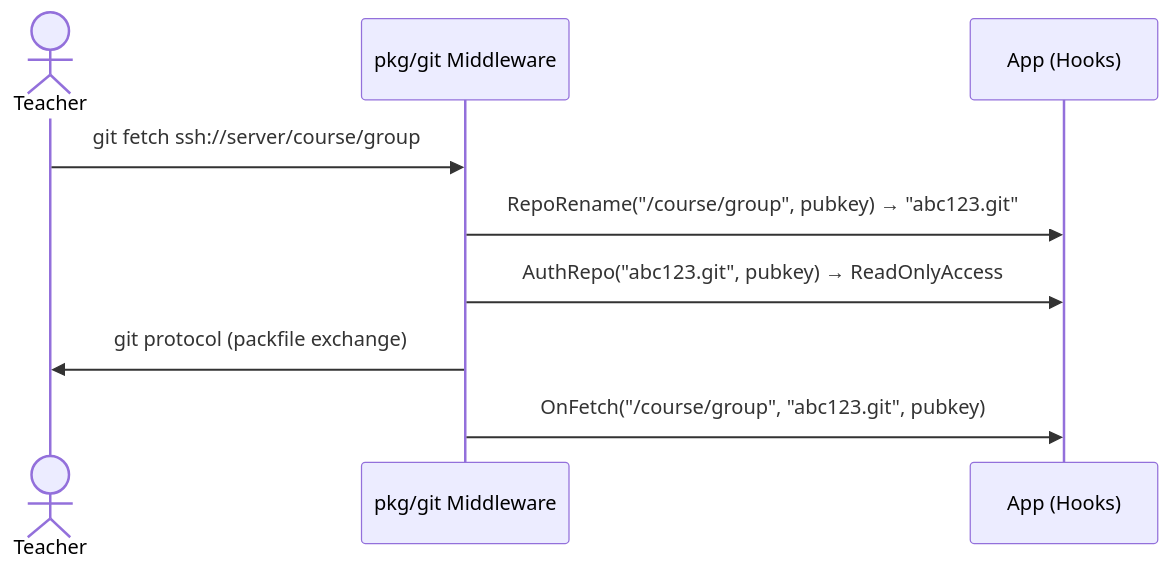
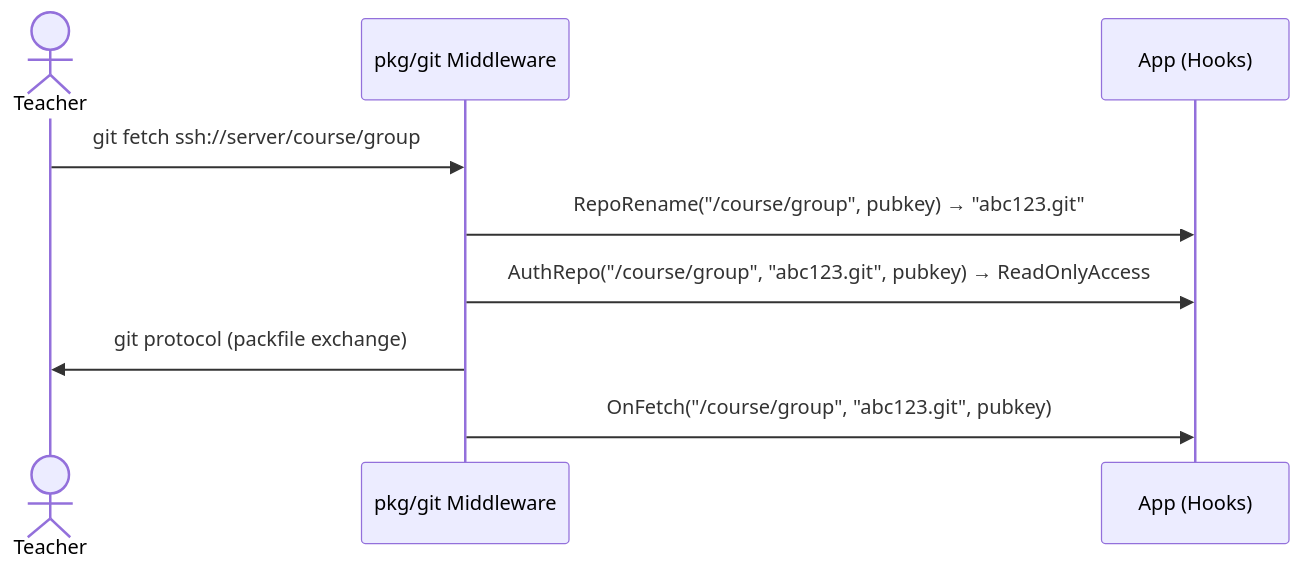
The second of 2 diagrams in pkg/git/README.md (dsc-sgu/mm-backend), drawn with Mermaid before and after one commit. The commit also changed other lines of this file and 6 other files, not shown here.

Commit message:
fix: auth repo

````diff
--- a/pkg/git/README.md
+++ b/pkg/git/README.md
@@ -32,12 +32,12 @@
 ```mermaid
 sequenceDiagram
     actor Teacher
     participant Middleware as pkg/git Middleware
     participant Hooks as App (Hooks)
 
     Teacher->>Middleware: git fetch ssh://server/course/group
     Middleware->>Hooks: RepoRename("/course/group", pubkey) → "abc123.git"
-    Middleware->>Hooks: AuthRepo("abc123.git", pubkey) → ReadOnlyAccess
+    Middleware->>Hooks: AuthRepo("/course/group", "abc123.git", pubkey) → ReadOnlyAccess
     Middleware->>Teacher: git protocol (packfile exchange)
     Middleware->>Hooks: OnFetch("/course/group", "abc123.git", pubkey)
 ```
````
